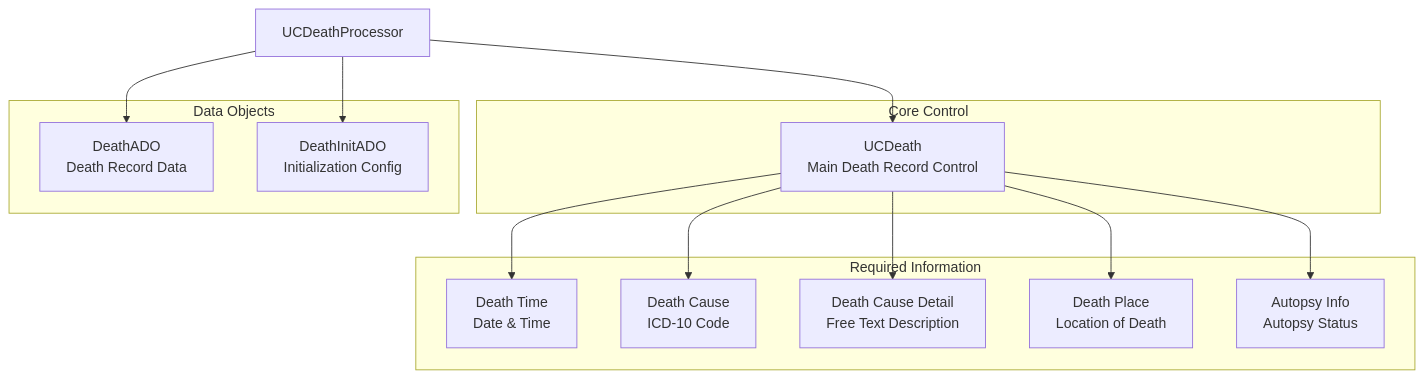
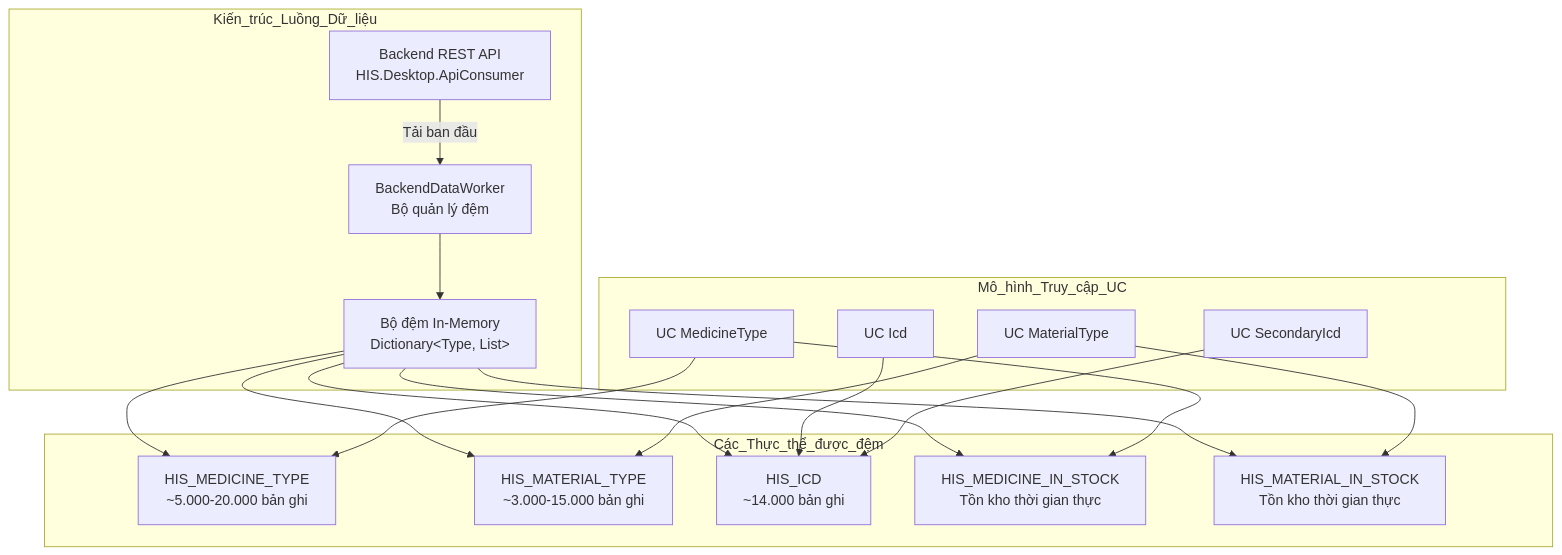
Diagram 20 of 20 in docs/his-ba-documentation/02-modules/uc-controls/form-type-controls.md (thangpnb/HIS), drawn with Mermaid before and after one commit. The commit also changed other lines of this file and 30 other files, not shown here.

Commit message:
Refactor architecture docs and update translations

````diff
--- a/docs/his-ba-documentation/02-modules/uc-controls/form-type-controls.md
+++ b/docs/his-ba-documentation/02-modules/uc-controls/form-type-controls.md
@@ -1192,31 +2063,38 @@
 ```mermaid
 graph TB
-    Processor["UCDeathProcessor"]
-    
-    subgraph "Core Control"
-        UCDeath["UCDeath<br/>Main Death Record Control"]
+    subgraph "Kiến_trúc_Luồng_Dữ_liệu"
+        API["Backend REST API<br/>HIS.Desktop.ApiConsumer"]
+        BackendWorker["BackendDataWorker<br/>Bộ quản lý đệm"]
+        Cache["Bộ đệm In-Memory<br/>Dictionary&lt;Type, List&gt;"]
     end
     
-    subgraph "Data Objects"
-        DeathADO["DeathADO<br/>Death Record Data"]
-        DeathInitADO["DeathInitADO<br/>Initialization Config"]
+    subgraph "Các_Thực_thể_được_đệm"
+        MedicineCache["HIS_MEDICINE_TYPE<br/>~5.000-20.000 bản ghi"]
+        MaterialCache["HIS_MATERIAL_TYPE<br/>~3.000-15.000 bản ghi"]
+        IcdCache["HIS_ICD<br/>~14.000 bản ghi"]
+        MedicineStockCache["HIS_MEDICINE_IN_STOCK<br/>Tồn kho thời gian thực"]
+        MaterialStockCache["HIS_MATERIAL_IN_STOCK<br/>Tồn kho thời gian thực"]
     end
     
-    subgraph "Required Information"
-        DeathTime["Death Time<br/>Date & Time"]
-        DeathCause["Death Cause<br/>ICD-10 Code"]
-        DeathCauseDetail["Death Cause Detail<br/>Free Text Description"]
-        DeathPlace["Death Place<br/>Location of Death"]
-        Autopsy["Autopsy Info<br/>Autopsy Status"]
+    subgraph "Mô_hình_Truy_cập_UC"
+        UCMedicine["UC MedicineType"]
+        UCMaterial["UC MaterialType"]
+        UCIcd["UC Icd"]
+        UCSecondaryIcd["UC SecondaryIcd"]
     end
     
-    Processor --> UCDeath
-    Processor --> DeathADO
-    Processor --> DeathInitADO
+    API -->|"Tải ban đầu"| BackendWorker
+    BackendWorker --> Cache
+    Cache --> MedicineCache
+    Cache --> MaterialCache
+    Cache --> IcdCache
+    Cache --> MedicineStockCache
+    Cache --> MaterialStockCache
     
-    UCDeath --> DeathTime
-    UCDeath --> DeathCause
-    UCDeath --> DeathCauseDetail
-    UCDeath --> DeathPlace
-    UCDeath --> Autopsy
+    UCMedicine --> MedicineCache
+    UCMedicine --> MedicineStockCache
+    UCMaterial --> MaterialCache
+    UCMaterial --> MaterialStockCache
+    UCIcd --> IcdCache
+    UCSecondaryIcd --> IcdCache
 ```
````
